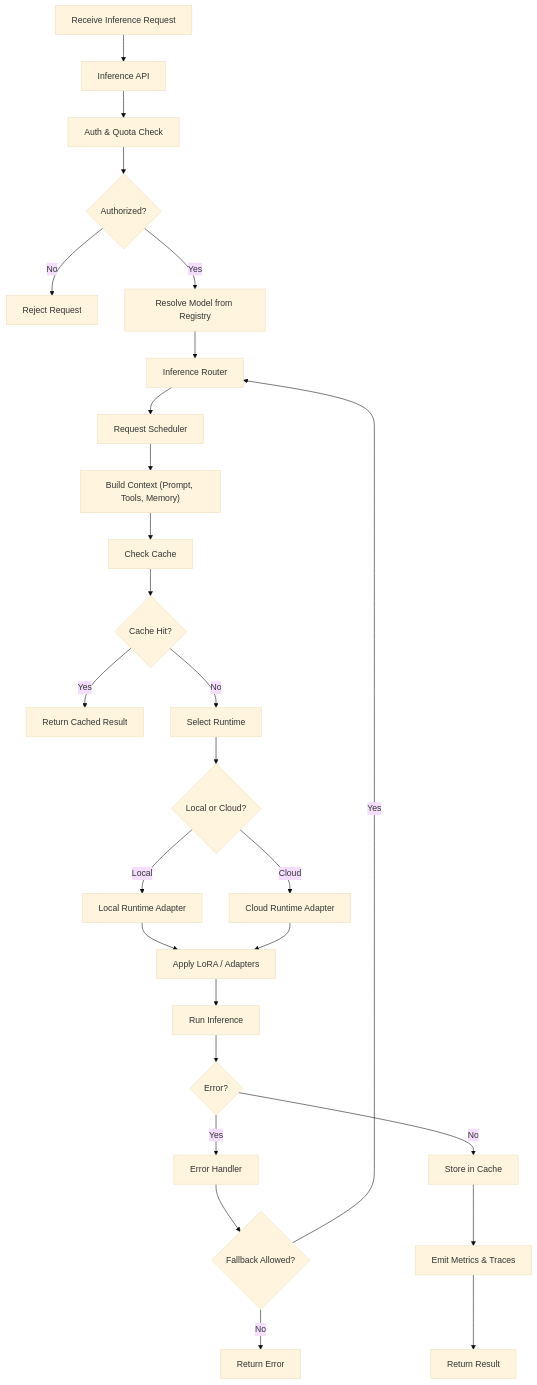
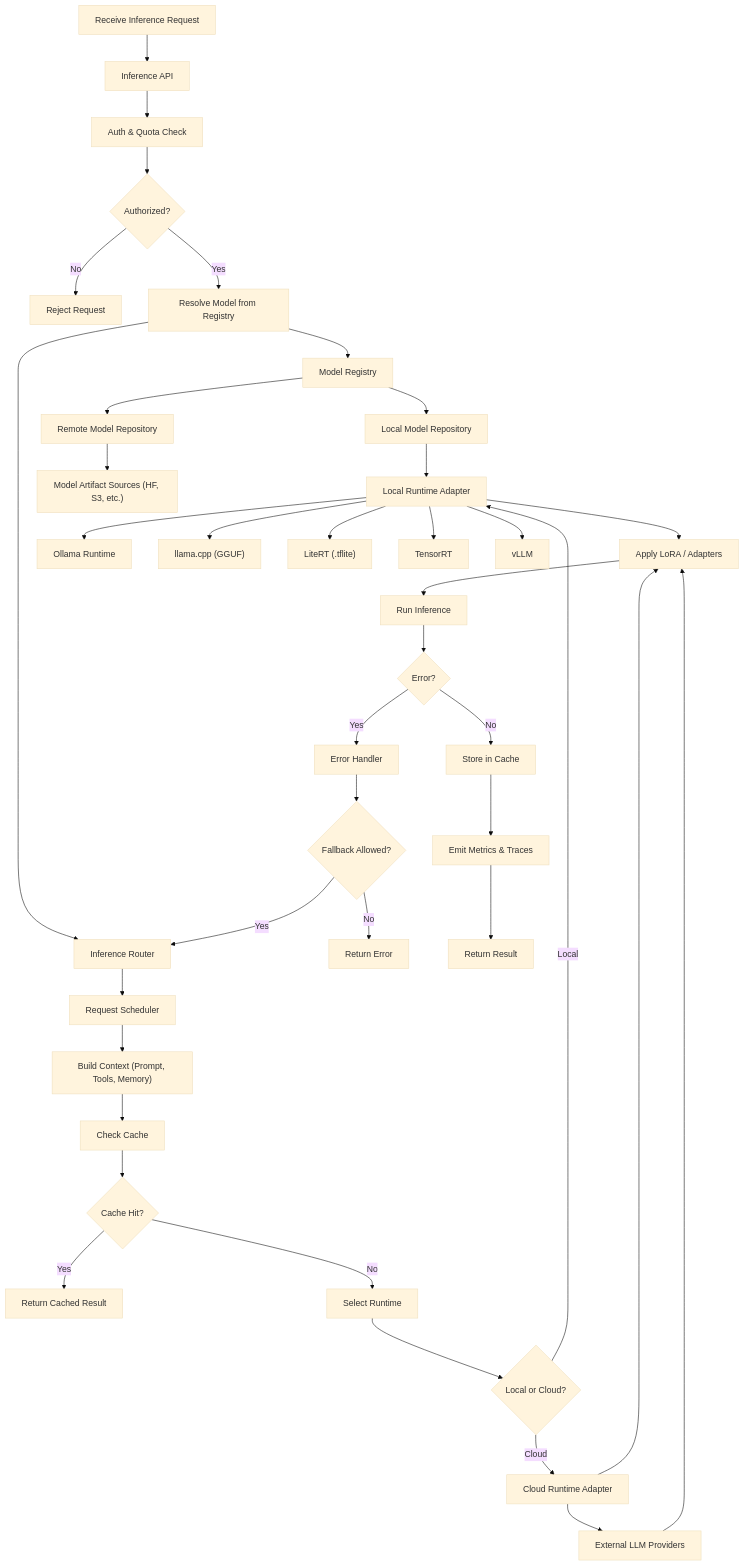
Before and after one commit to bhangun/wayang: the first of 3 diagrams in docs/3-golek-architecture.md, drawn with Mermaid (base theme). The commit also changed other lines of this file and 3 other files, not shown here.

````diff
--- a/docs/3-golek-architecture.md
+++ b/docs/3-golek-architecture.md
@@ -9,44 +9,56 @@
 ```mermaid
 flowchart TD
     A[Receive Inference Request] --> B[Inference API]
 
     B --> C[Auth & Quota Check]
 
     C --> D{Authorized?}
     D -- No --> D1[Reject Request]
     D -- Yes --> E[Resolve Model from Registry]
+    E --> MR[Model Registry]
+    MR --> LMR[Local Model Repository]
+    MR --> RMR[Remote Model Repository]
 
     E --> F[Inference Router]
 
     F --> G[Request Scheduler]
 
     G --> H["Build Context (Prompt, Tools, Memory)"]
 
     H --> I[Check Cache]
 
     I --> J{Cache Hit?}
     J -- Yes --> J1[Return Cached Result]
     J -- No --> K[Select Runtime]
 
     K --> L{Local or Cloud?}
     L -- Local --> M[Local Runtime Adapter]
     L -- Cloud --> N[Cloud Runtime Adapter]
 
     M --> O[Apply LoRA / Adapters]
     N --> O
+    N --> P1[External LLM Providers]
+    LMR --> M
+    M --> LA1[Ollama Runtime]
+    M --> LA2["llama.cpp (GGUF)"]
+    M --> LA3["LiteRT (.tflite)"]
+    M --> LA4[TensorRT]
+    M --> LA5[vLLM]
+    RMR --> P2["Model Artifact Sources (HF, S3, etc.)"]
 
+    P1 --> O
     O --> P[Run Inference]
 
     P --> Q{Error?}
     Q -- Yes --> R[Error Handler]
 
     R --> S{Fallback Allowed?}
     S -- Yes --> F
     S -- No --> T[Return Error]
 
     Q -- No --> U[Store in Cache]
 
     U --> V[Emit Metrics & Traces]
 
     V --> W[Return Result]
 ```
````
